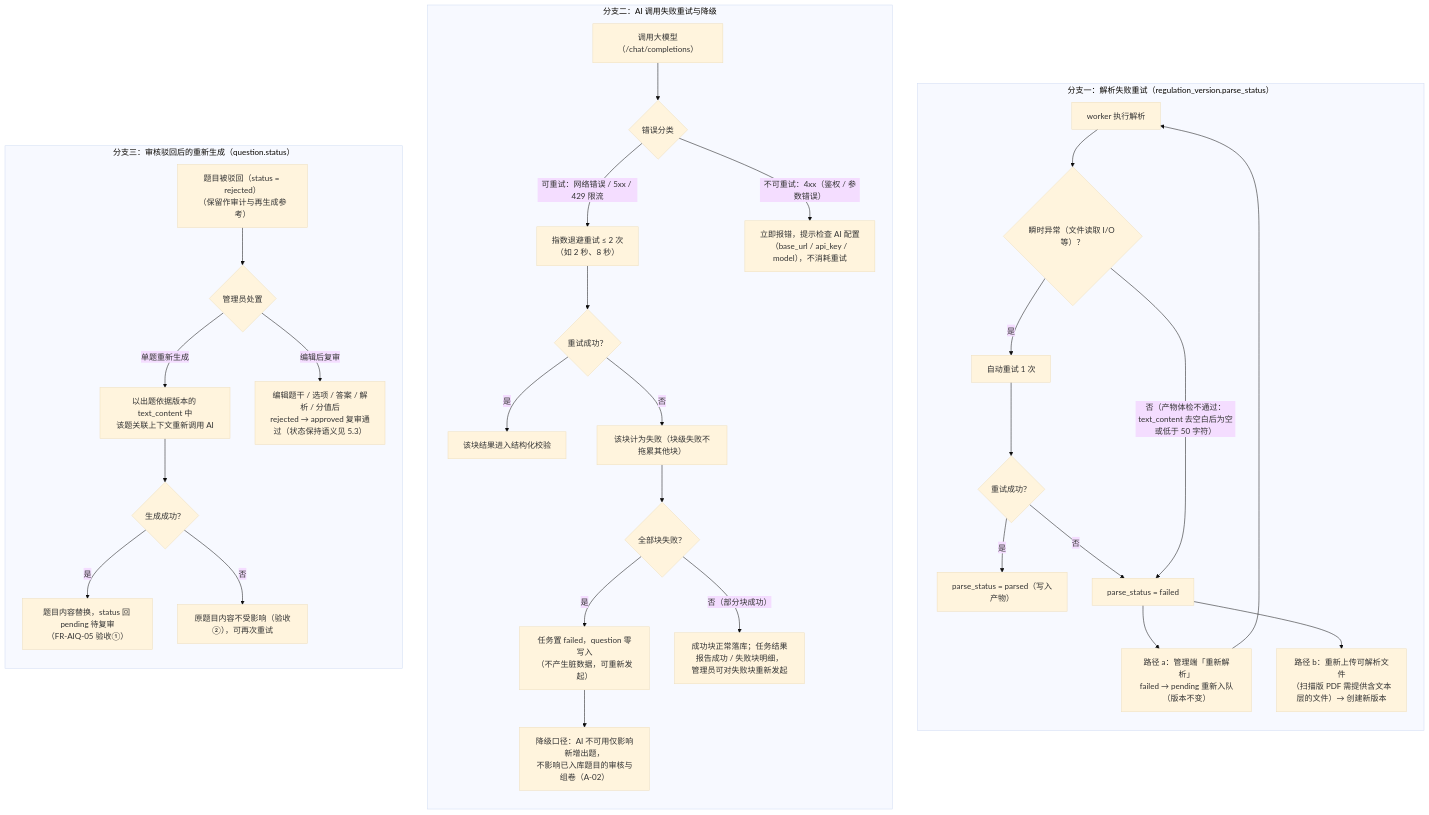
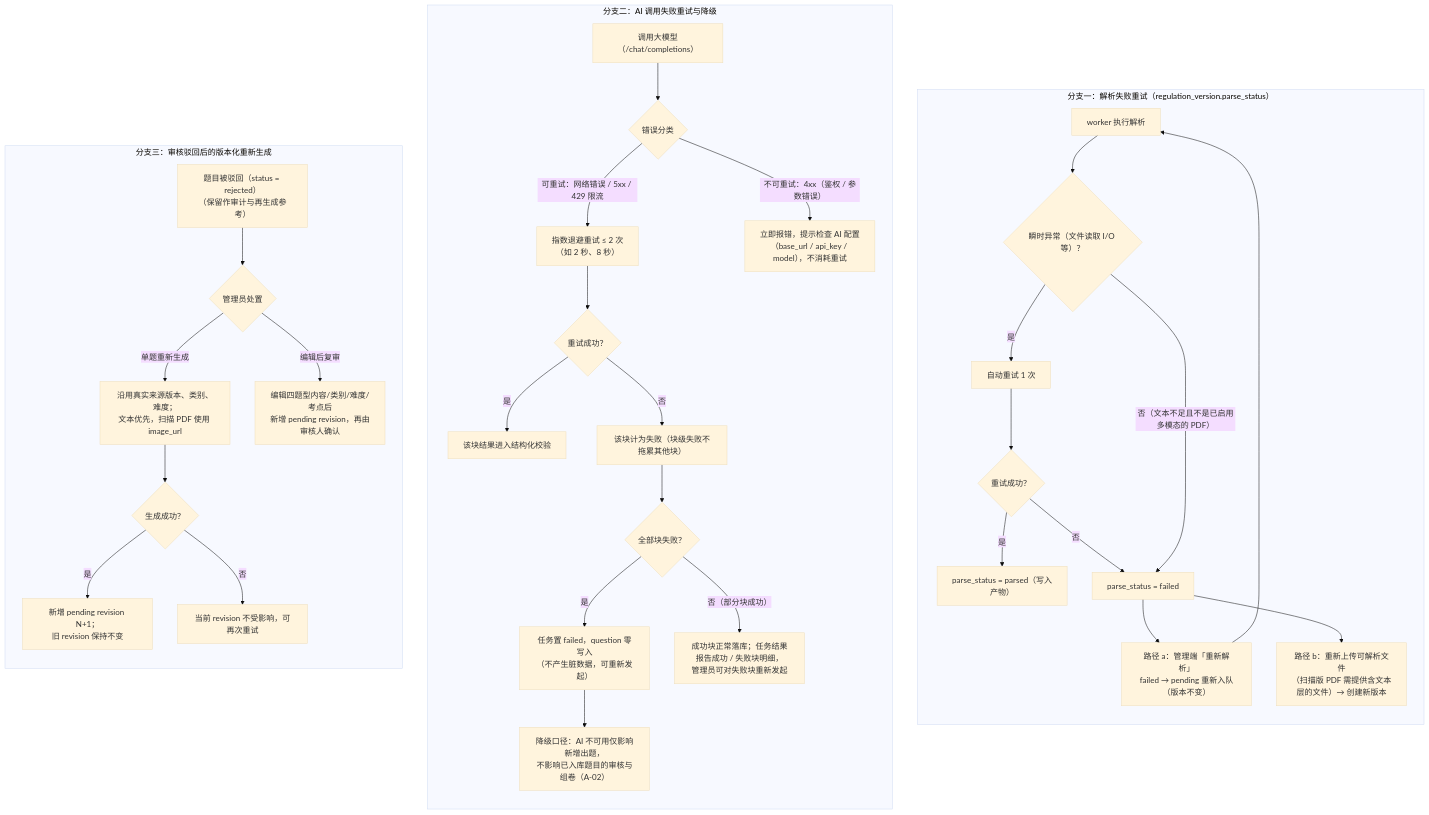
Before and after one commit to caoguanjie/emodor-exam: the fourth of 16 diagrams in docs/design/06-关键流程.md, drawn with Mermaid (base theme). The commit also changed other lines of this file and 28 other files, not shown here.

````diff
--- a/docs/design/06-关键流程.md
+++ b/docs/design/06-关键流程.md
@@ -265,39 +269,39 @@
 ```mermaid
 flowchart TB
     subgraph EXA["分支一：解析失败重试（regulation_version.parse_status）"]
         direction TB
         X1["worker 执行解析"] --> X2{"瞬时异常（文件读取 I/O 等）？"}
         X2 -->|"是"| X3["自动重试 1 次"]
         X3 --> X4{"重试成功？"}
         X4 -->|"是"| X5["parse_status = parsed（写入产物）"]
         X4 -->|"否"| X6["parse_status = failed"]
-        X2 -->|"否（产物体检不通过：text_content 去空白后为空或低于 50 字符）"| X6
+        X2 -->|"否（文本不足且不是已启用多模态的 PDF）"| X6
         X6 --> X7["路径 a：管理端「重新解析」<br/>failed → pending 重新入队（版本不变）"]
         X6 --> X8["路径 b：重新上传可解析文件<br/>（扫描版 PDF 需提供含文本层的文件）→ 创建新版本"]
         X7 --> X1
     end
 
     subgraph EXB["分支二：AI 调用失败重试与降级"]
         direction TB
         Y1["调用大模型（/chat/completions）"] --> Y2{"错误分类"}
         Y2 -->|"可重试：网络错误 / 5xx / 429 限流"| Y3["指数退避重试 ≤ 2 次<br/>（如 2 秒、8 秒）"]
         Y3 --> Y4{"重试成功？"}
         Y4 -->|"是"| Y5["该块结果进入结构化校验"]
         Y4 -->|"否"| Y6["该块计为失败（块级失败不拖累其他块）"]
         Y2 -->|"不可重试：4xx（鉴权 / 参数错误）"| Y7["立即报错，提示检查 AI 配置<br/>（base_url / api_key / model），不消耗重试"]
         Y6 --> Y8{"全部块失败？"}
         Y8 -->|"是"| Y9["任务置 failed，question 零写入<br/>（不产生脏数据，可重新发起）"]
         Y8 -->|"否（部分块成功）"| Y10["成功块正常落库；任务结果报告成功 / 失败块明细，<br/>管理员可对失败块重新发起"]
         Y9 --> Y11["降级口径：AI 不可用仅影响新增出题，<br/>不影响已入库题目的审核与组卷（A-02）"]
     end
 
-    subgraph EXC["分支三：审核驳回后的重新生成（question.status）"]
+    subgraph EXC["分支三：审核驳回后的版本化重新生成"]
         direction TB
         Z1["题目被驳回（status = rejected）<br/>（保留作审计与再生成参考）"] --> Z2{"管理员处置"}
-        Z2 -->|"单题重新生成"| Z3["以出题依据版本的 text_content 中<br/>该题关联上下文重新调用 AI"]
+        Z2 -->|"单题重新生成"| Z3["沿用真实来源版本、类别、难度；<br/>文本优先，扫描 PDF 使用 image_url"]
         Z3 --> Z4{"生成成功？"}
-        Z4 -->|"是"| Z5["题目内容替换，status 回 pending 待复审<br/>（FR-AIQ-05 验收①）"]
-        Z4 -->|"否"| Z6["原题目内容不受影响（验收②），可再次重试"]
-        Z2 -->|"编辑后复审"| Z7["编辑题干 / 选项 / 答案 / 解析 / 分值后<br/>rejected → approved 复审通过（状态保持语义见 5.3）"]
+        Z4 -->|"是"| Z5["新增 pending revision N+1；<br/>旧 revision 保持不变"]
+        Z4 -->|"否"| Z6["当前 revision 不受影响，可再次重试"]
+        Z2 -->|"编辑后复审"| Z7["编辑四题型内容/类别/难度/考点后<br/>新增 pending revision，再由审核人确认"]
     end
 ```
````
